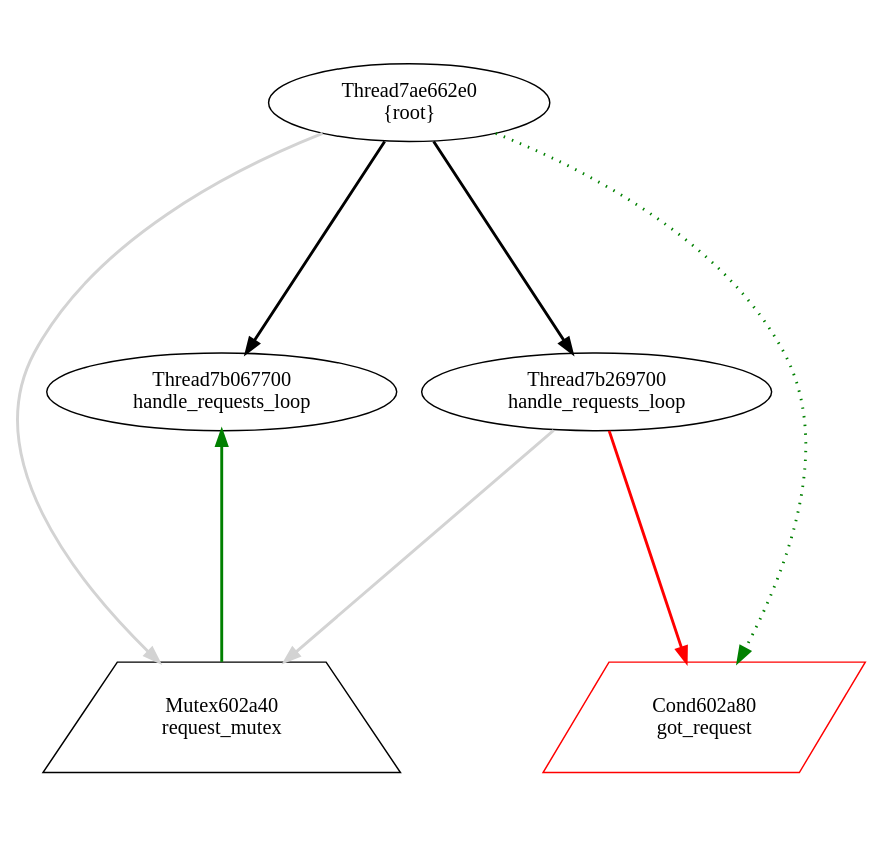
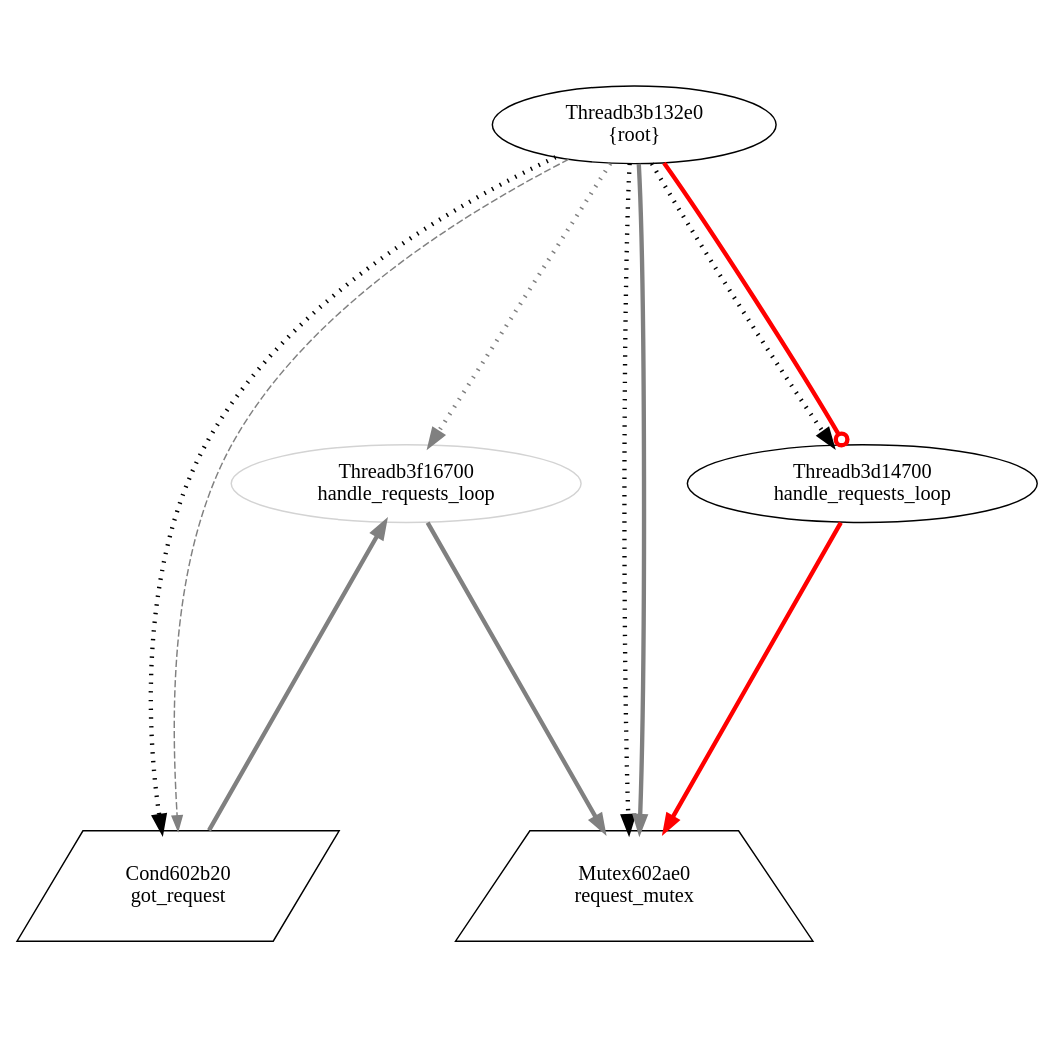
The diagram in view/dot/graph027.dot (v4o6/cs410), drawn with Graphviz before and after one commit. The commit also changed 109 other files, not shown here.

```diff
--- a/view/dot/graph027.dot
+++ b/view/dot/graph027.dot
@@ -1,15 +1,18 @@
 digraph G {
 graph[center=true, ratio=1];
-Mutex602a40 [shape=trapezium,color=black,label="Mutex602a40\nrequest_mutex"];
-Cond602a80 [shape=parallelogram,color=red,label="Cond602a80\ngot_request"];
-Thread7ae662e0 [color=black,label="Thread7ae662e0\n{root}"];
-Thread7ae662e0 -> Mutex602a40 [arrowhead=normal,color=lightgray,penwidth=2];
-Thread7ae662e0 -> Cond602a80 [style=dotted,color=green,penwidth=2];
-Thread7ae662e0 -> Thread7b269700 [arrowhead=normal,penwidth=2];
-Thread7ae662e0 -> Thread7b067700 [arrowhead=normal,penwidth=2];
-Thread7b269700 [color=black,label="Thread7b269700\nhandle_requests_loop"];
-Thread7b269700 -> Mutex602a40 [arrowhead=normal,color=lightgray,penwidth=2];
-Thread7b269700 -> Cond602a80 [arrowhead=normal,color=red,penwidth=2];
-Thread7b067700 [color=black,label="Thread7b067700\nhandle_requests_loop"];
-Thread7b067700 -> Mutex602a40 [arrowhead=normal,color=green,dir=back,penwidth=2];
+Threadb3f16700 [color=lightgrey,label="Threadb3f16700\nhandle_requests_loop"];
+Threadb3f16700 -> Cond602b20 [arrowhead=normal,color=grey,dir=back,penwidth=3];
+Threadb3f16700 -> Mutex602ae0 [arrowhead=normal,color=grey,penwidth=3];
+Threadb3d14700 [color=black,label="Threadb3d14700\nhandle_requests_loop"];
+Threadb3d14700 -> Mutex602ae0 [arrowhead=normal,color=red,penwidth=3];
+Threadb3b132e0 [color=black,label="Threadb3b132e0\n{root}"];
+Threadb3b132e0 -> Mutex602ae0 [style=dotted,arrowhead=normal,penwidth=3];
+Threadb3b132e0 -> Cond602b20 [style=dotted,arrowhead=normal,penwidth=3];
+Threadb3b132e0 -> Threadb3d14700 [style=dotted,arrowhead=normal,penwidth=3];
+Threadb3b132e0 -> Threadb3f16700 [style=dotted,arrowhead=normal,color=grey,penwidth=3];
+Threadb3b132e0 -> Threadb3d14700 [arrowhead=odot,color=red,penwidth=3];
+Threadb3b132e0 -> Cond602b20 [style=dashed,color=grey,penwdith=6];
+Threadb3b132e0 -> Mutex602ae0 [arrowhead=normal,color=grey,penwidth=3];
+Cond602b20 [shape=parallelogram,color=black,label="Cond602b20\ngot_request"];
+Mutex602ae0 [shape=trapezium,color=black,label="Mutex602ae0\nrequest_mutex"];
 }
```
